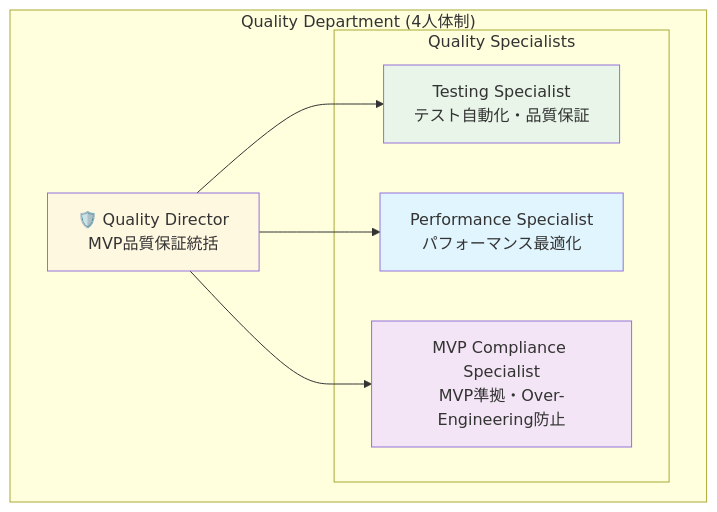
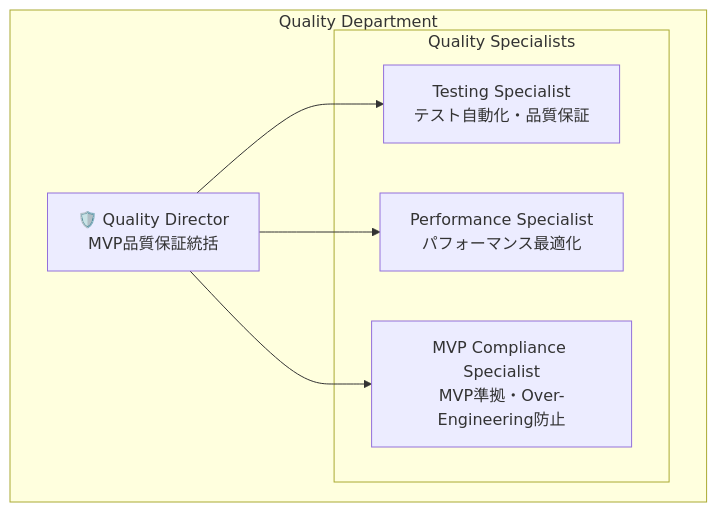
One commit to rnrnstar2/ArbitrageAssistant changed the first of 3 diagrams in docs/quality-department-architecture.md. Above: the diagram before and after it, drawn with Mermaid. The commit also changed other lines of this file and 33 other files, not shown here.

````diff
--- a/docs/quality-department-architecture.md
+++ b/docs/quality-department-architecture.md
@@ -7,21 +7,16 @@
 ```mermaid
 graph TB
-    subgraph "Quality Department (4人体制)"
+    subgraph "Quality Department"
         Director[🛡️ Quality Director<br/>MVP品質保証統括]
         
         subgraph "Quality Specialists"
             TestingSpec[Testing Specialist<br/>テスト自動化・品質保証]
             PerformanceSpec[Performance Specialist<br/>パフォーマンス最適化]
             ComplianceSpec[MVP Compliance Specialist<br/>MVP準拠・Over-Engineering防止]
         end
     end
     
     Director --> TestingSpec
-    Director --> PerformanceSpec
+    Director --> PerformanceSpec  
     Director --> ComplianceSpec
-    
-    style Director fill:#fff8e1
-    style TestingSpec fill:#e8f5e8
-    style PerformanceSpec fill:#e1f5fe
-    style ComplianceSpec fill:#f3e5f5
 ```
````
